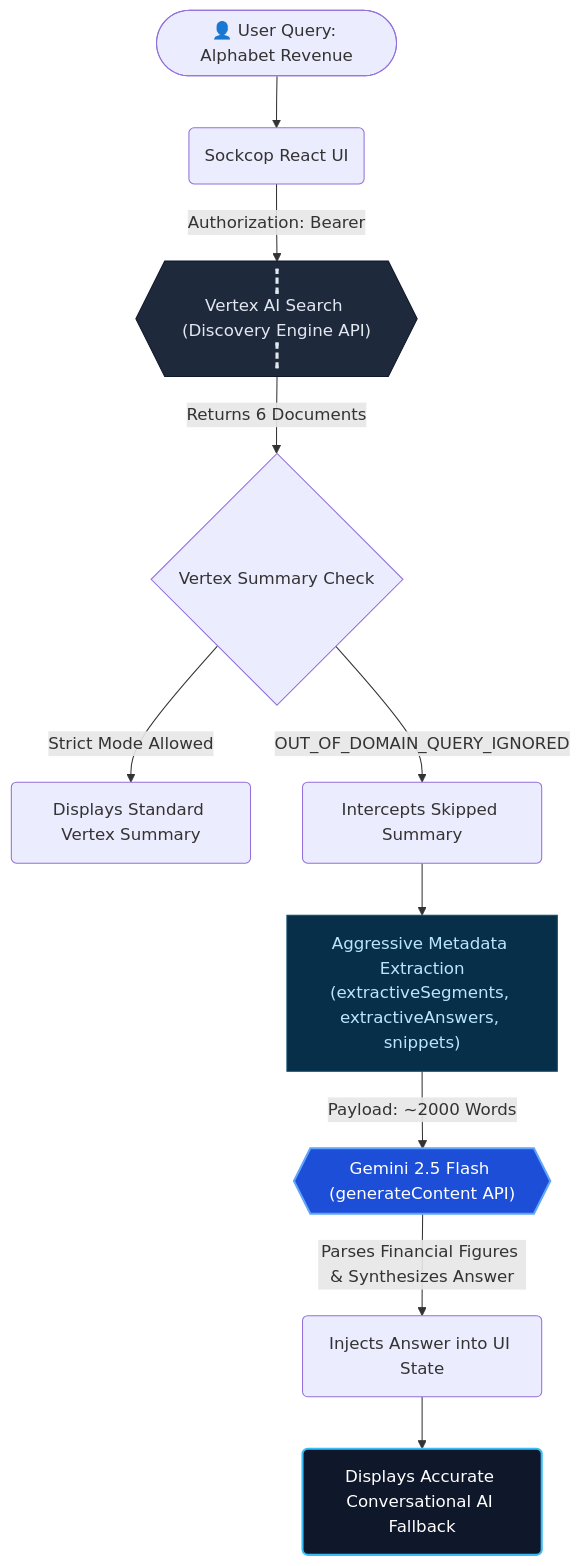
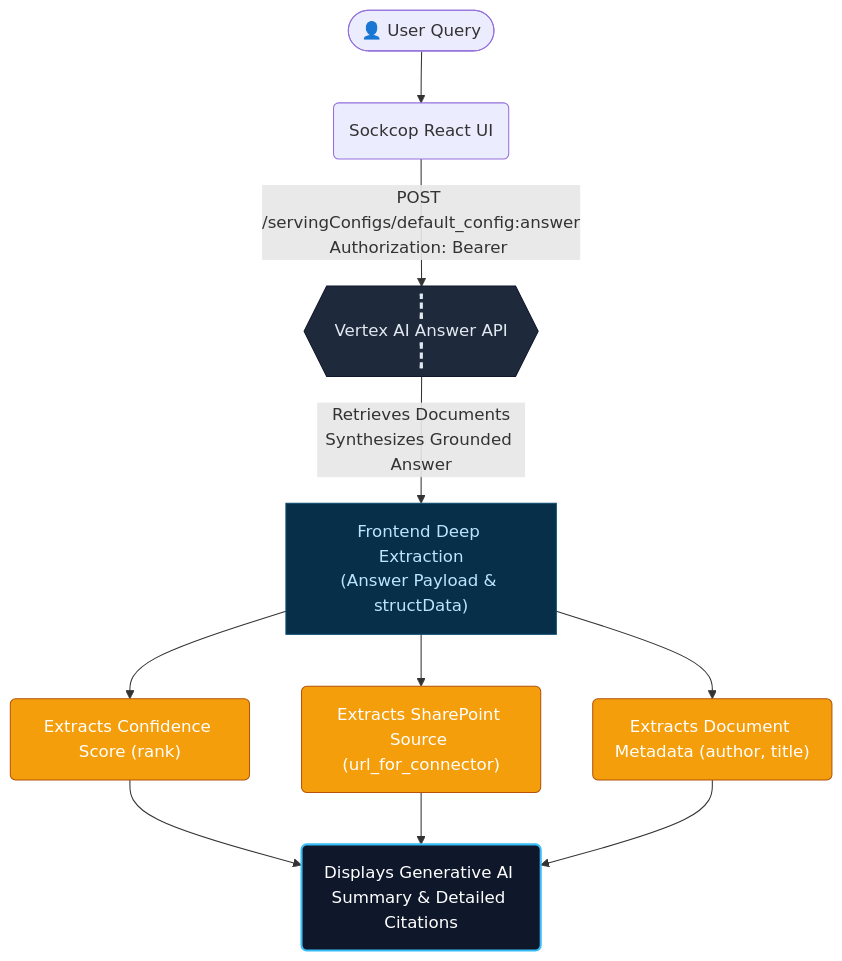
The second of 2 diagrams in antigravity/sockcop_search/README.md (jchavezar/vertex-ai-samples), drawn with Mermaid before and after one commit. The commit also changed other lines of this file and 7 other files, not shown here.

First line of the commit message:
feat(sockcop_search): migrate to Vertex AI Answer API & improve UI citations

````diff
--- a/antigravity/sockcop_search/README.md
+++ b/antigravity/sockcop_search/README.md
@@ -38,21 +37,20 @@
 ```mermaid
 flowchart TD
     classDef ui fill:#0f172a,stroke:#38bdf8,stroke-width:2px,color:#fff;
     classDef api border-style:dashed,fill:#1e293b,stroke:#0f172a,color:#e2e8f0;
     classDef extract fill:#082f49,stroke:#0c4a6e,color:#bae6fd;
-    classDef model fill:#1d4ed8,stroke:#60a5fa,color:#fff,stroke-width:2px;
+    classDef rank text-align:center,fill:#f59e0b,stroke:#b45309,color:#fff;
 
-    User(["👤 User Query: Alphabet Revenue"]) --> UI("Sockcop React UI")
-    UI -- "Authorization: Bearer <GCP_TOKEN>" --> VAIS{{"Vertex AI Search (Discovery Engine API)"}}:::api
+    User(["👤 User Query"]) --> UI("Sockcop React UI")
+    UI -- "POST /servingConfigs/default_config:answer\nAuthorization: Bearer <GCP_TOKEN>" --> VAIS{{"Vertex AI Answer API"}}:::api
     
-    VAIS -- Returns 6 Documents --> Eval{"Vertex Summary Check"}
-    Eval -- "Strict Mode Allowed" --> Success("Displays Standard Vertex Summary")
-    Eval -- "OUT_OF_DOMAIN_QUERY_IGNORED" --> FallbackTrigger("Intercepts Skipped Summary")
+    VAIS -- "Retrieves Documents\nSynthesizes Grounded Answer" --> Extraction["Frontend Deep Extraction\n(Answer Payload & structData)"]:::extract
     
-    FallbackTrigger --> Extract["Aggressive Metadata Extraction\n(extractiveSegments, extractiveAnswers, snippets)"]:::extract
+    Extraction --> Score("Extracts Confidence Score (rank)"):::rank
+    Extraction --> Link("Extracts SharePoint Source (url_for_connector)"):::rank
+    Extraction --> Author("Extracts Document Metadata (author, title)"):::rank
     
-    Extract -- "Payload: ~2000 Words" --> Gemini{{"Gemini 2.5 Flash (generateContent API)"}}:::model
-    
-    Gemini -- "Parses Financial Figures & Synthesizes Answer" --> Inject("Injects Answer into UI State")
-    Inject --> Render("Displays Accurate Conversational AI Fallback"):::ui
+    Score --> Render("Displays Generative AI Summary & Detailed Citations"):::ui
+    Link --> Render
+    Author --> Render
 ```
````
